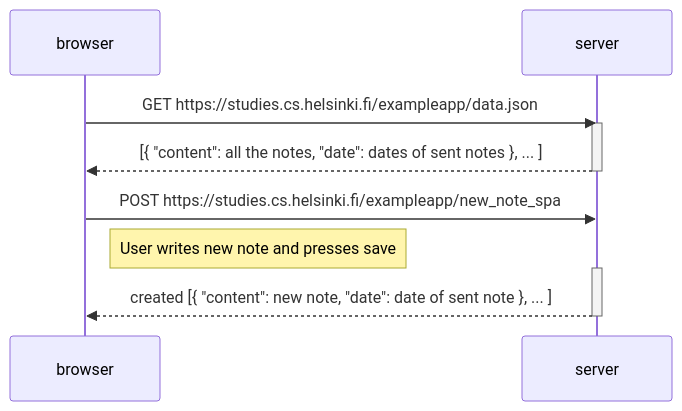
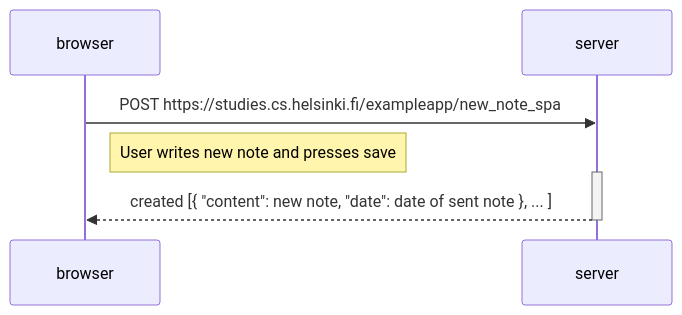
The diagram in 0.6.md (eppumelto/fullstackopen), drawn with Mermaid before and after one commit.

````diff
--- a/0.6.md
+++ b/0.6.md
@@ -1,17 +1,11 @@
 ```mermaid
 sequenceDiagram
     participant browser
     participant server
-    
-    browser->>server: GET https://studies.cs.helsinki.fi/exampleapp/data.json
-    activate server
-    server-->>browser: [{ "content": all the notes, "date": dates of sent notes }, ... ]
-    deactivate server    
-
 
     browser->>server: POST https://studies.cs.helsinki.fi/exampleapp/new_note_spa
     Note right of browser: User writes new note and presses save
     activate server
     server-->>browser: created [{ "content": new note, "date": date of sent note }, ... ]
     deactivate server
 ```
````
